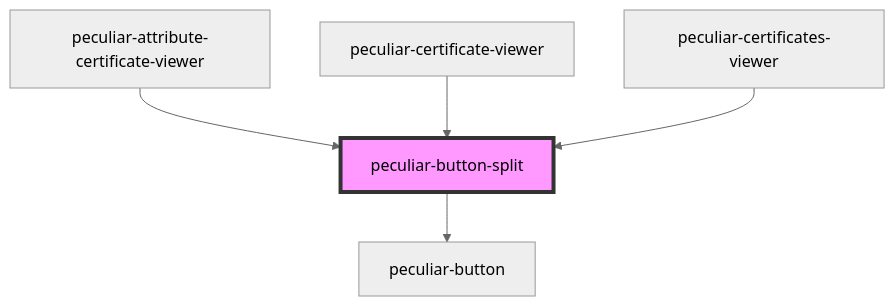
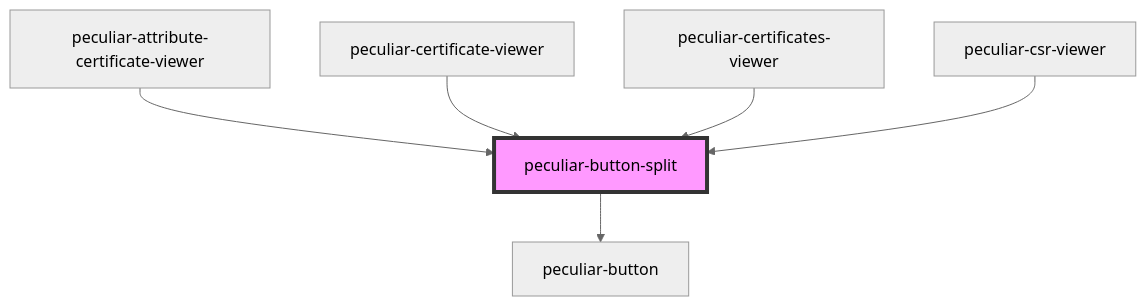
The diagram in packages/webcomponents/src/components/button-split/readme.md (PeculiarVentures/pv-certificates-viewer), drawn with Mermaid (neutral theme) before and after one commit. The commit also changed other lines of this file and 6 other files, not shown here.

Commit message:
feat(webcomponents): add CSR viewer to certificate decode component

````diff
--- a/packages/webcomponents/src/components/button-split/readme.md
+++ b/packages/webcomponents/src/components/button-split/readme.md
@@ -30,8 +31,9 @@
 ```mermaid
 graph TD;
   peculiar-button-split --> peculiar-button
   peculiar-attribute-certificate-viewer --> peculiar-button-split
   peculiar-certificate-viewer --> peculiar-button-split
   peculiar-certificates-viewer --> peculiar-button-split
+  peculiar-csr-viewer --> peculiar-button-split
   style peculiar-button-split fill:#f9f,stroke:#333,stroke-width:4px
 ```
````
